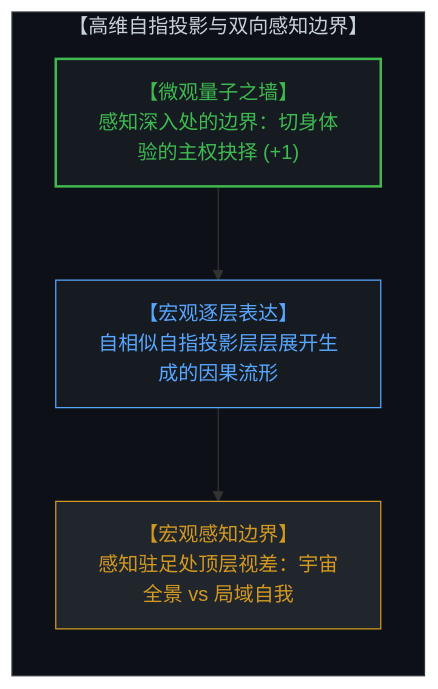
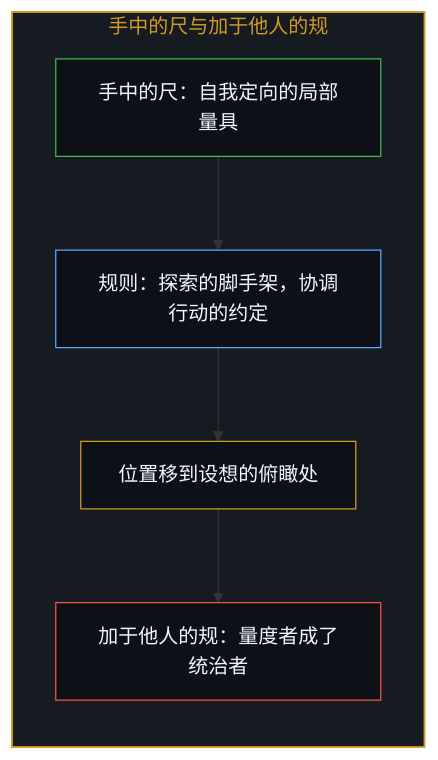
One commit to powerpig99/not-a-toe changed the third of 12 diagrams in content/posts/the-illusion-of-distance-and-the-dual-ruler.md. Above: the diagram before and after it, drawn with Mermaid. The commit also changed other lines of this file, not shown here.

Commit message:
Refine the-illusion-of-distance-and-the-dual-ruler: alternating bilingual layout, six paired diagrams, rules and the statistical overlap given their use, implicit first person

````diff
--- a/content/posts/the-illusion-of-distance-and-the-dual-ruler.md
+++ b/content/posts/the-illusion-of-distance-and-the-dual-ruler.md
@@ -15,15 +85,19 @@
 ```mermaid
-graph TD
-    subgraph RecursiveProjection["【高维自指投影与双向感知边界】"]
+flowchart TD
+    subgraph S_Ruler["手中的尺与加于他人的规"]
         direction TB
-        MicroQuantumWall["【微观量子之墙】<br>感知深入处的边界：切身体验的主权抉择 (+1)"]
-        RecursiveManifold["【宏观逐层表达】<br>自相似自指投影层层展开生成的因果流形"]
-        MacroPerceptualStop["【宏观感知边界】<br>感知驻足处顶层视差：宇宙全景 vs 局域自我"]
-        MicroQuantumWall --> RecursiveManifold
-        RecursiveManifold --> MacroPerceptualStop
+        Hand["手中的尺：自我定向的局部量具"]
+        Use["规则：探索的脚手架，协调行动的约定"]
+        Shift["位置移到设想的俯瞰处"]
+        Rule["加于他人的规：量度者成了统治者"]
+        Hand --> Use
+        Use --> Shift
+        Shift --> Rule
     end
-    style RecursiveProjection fill:#0d1117,stroke:#30363d,stroke-width:1px,color:#c9d1d9
-    style MicroQuantumWall fill:#161b22,stroke:#3fb950,stroke-width:2px,color:#3fb950
-    style RecursiveManifold fill:#161b22,stroke:#58a6ff,stroke-width:1px,color:#58a6ff
-    style MacroPerceptualStop fill:#21262d,stroke:#d29922,stroke-width:1px,color:#d29922
+
+    style S_Ruler fill:#161b22,stroke:#d29922,stroke-width:1.5px,color:#d29922
+    style Hand fill:#0d1117,stroke:#3fb950,stroke-width:1px,color:#f0f6fc
+    style Use fill:#0d1117,stroke:#58a6ff,stroke-width:1px,color:#f0f6fc
+    style Shift fill:#0d1117,stroke:#d29922,stroke-width:1px,color:#f0f6fc
+    style Rule fill:#0d1117,stroke:#f85149,stroke-width:1px,color:#f0f6fc
 ```
````
